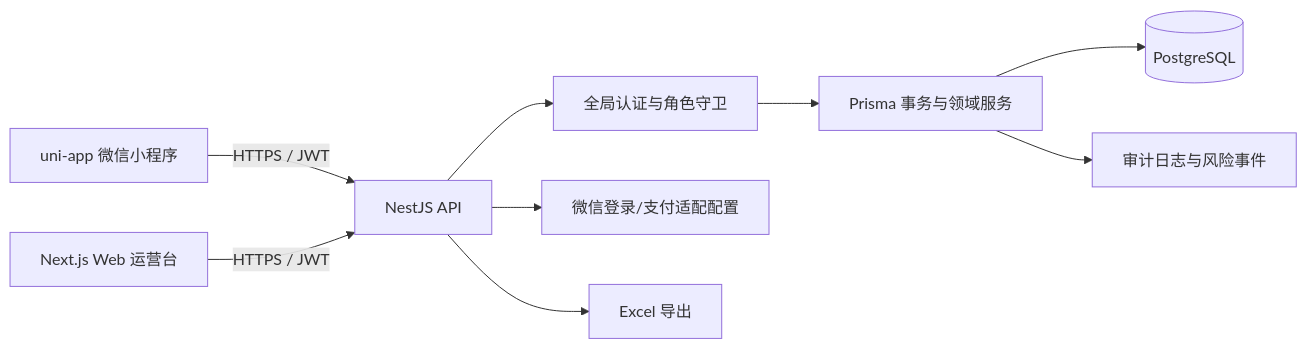
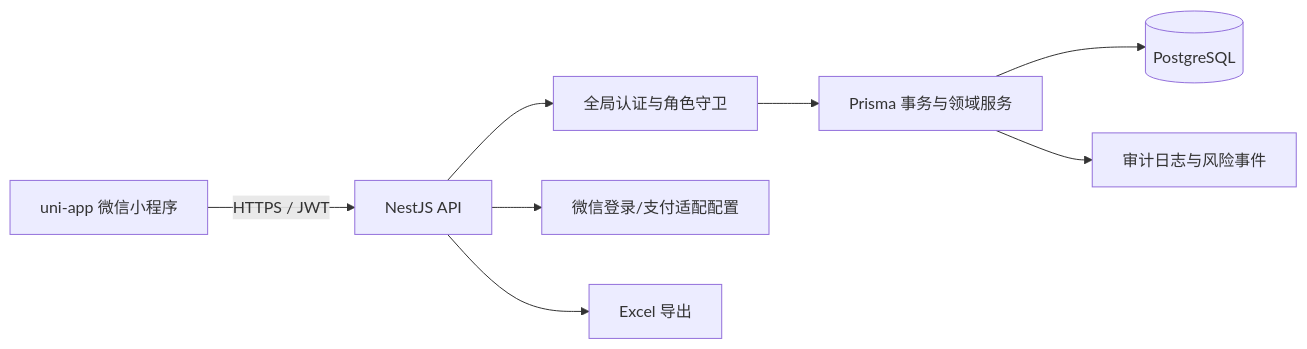
Before and after one commit to taoyu051818-sys/yanqing: the diagram in docs/architecture.md, drawn with Mermaid. The commit also changed other lines of this file and 66 other files, not shown here.

````diff
--- a/docs/architecture.md
+++ b/docs/architecture.md
@@ -5,11 +5,10 @@
 ```mermaid
 flowchart LR
   M["uni-app 微信小程序"] -->|HTTPS / JWT| A["NestJS API"]
-  W["Next.js Web 运营台"] -->|HTTPS / JWT| A
   A --> G["全局认证与角色守卫"]
   G --> D["Prisma 事务与领域服务"]
   D --> P[("PostgreSQL")]
   A --> X["微信登录/支付适配配置"]
   A --> E["Excel 导出"]
   D --> U["审计日志与风险事件"]
 ```
````
